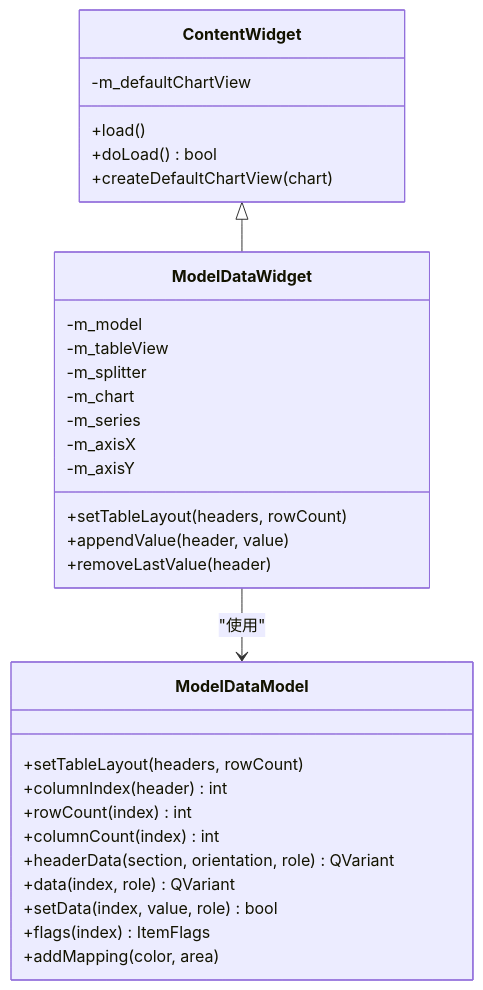
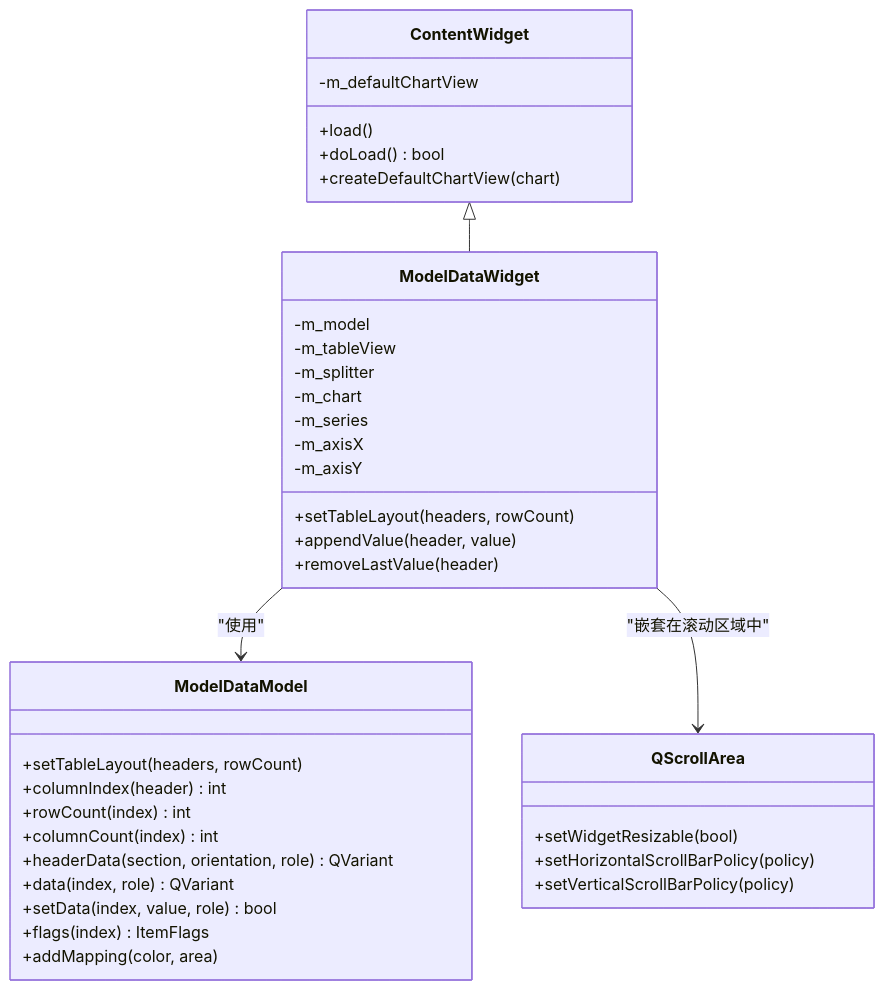
One commit to yangreest/Zero-value-Insulator-Robot-V2 changed the fifth of 11 diagrams in .qoder/repowiki/zh/content/用户手册/检测工作流程/检测执行阶段/实时监控界面.md. Above: the diagram before and after it, drawn with Mermaid. The commit also changed other lines of this file and 22 other files, not shown here.

````diff
--- a/.qoder/repowiki/zh/content/用户手册/检测工作流程/检测执行阶段/实时监控界面.md
+++ b/.qoder/repowiki/zh/content/用户手册/检测工作流程/检测执行阶段/实时监控界面.md
@@ -165,34 +172,40 @@
 ```mermaid
 classDiagram
 class ContentWidget {
 +load()
 +doLoad() bool
 +createDefaultChartView(chart)
 -m_defaultChartView
 }
 class ModelDataWidget {
 +setTableLayout(headers, rowCount)
 +appendValue(header, value)
 +removeLastValue(header)
 -m_model
 -m_tableView
 -m_splitter
 -m_chart
 -m_series
 -m_axisX
 -m_axisY
 }
 class ModelDataModel {
 +setTableLayout(headers, rowCount)
 +columnIndex(header) int
 +rowCount(index) int
 +columnCount(index) int
 +headerData(section, orientation, role) QVariant
 +data(index, role) QVariant
 +setData(index, value, role) bool
 +flags(index) ItemFlags
 +addMapping(color, area)
 }
+class QScrollArea {
++setWidgetResizable(bool)
++setHorizontalScrollBarPolicy(policy)
++setVerticalScrollBarPolicy(policy)
+}
 ContentWidget <|-- ModelDataWidget
 ModelDataWidget --> ModelDataModel : "使用"
+ModelDataWidget --> QScrollArea : "嵌套在滚动区域中"
 ```
````
